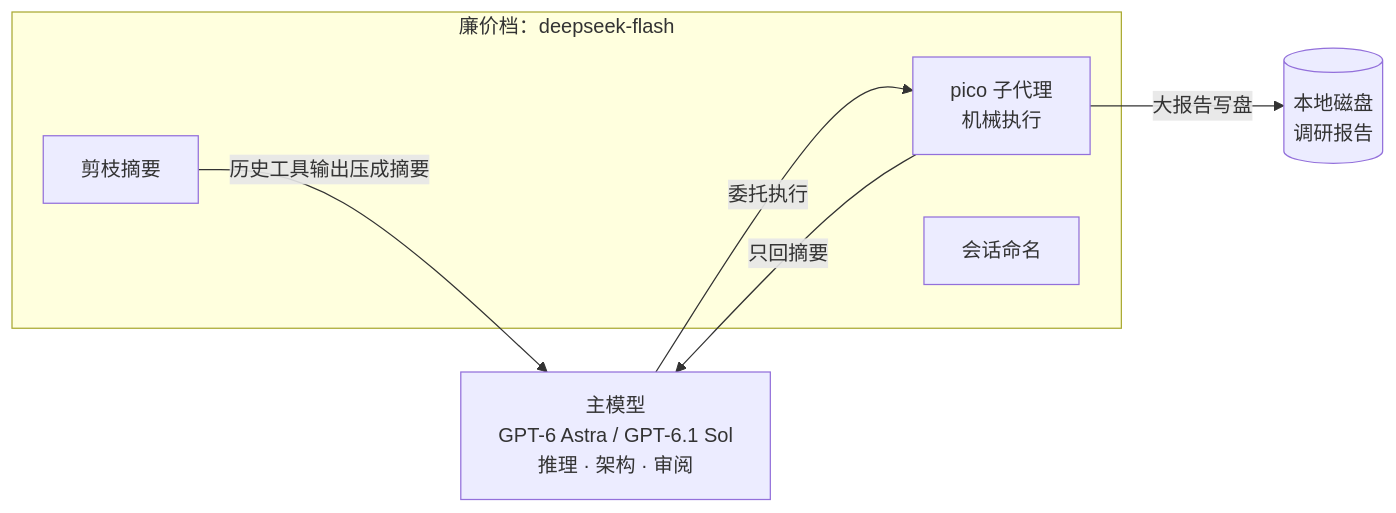
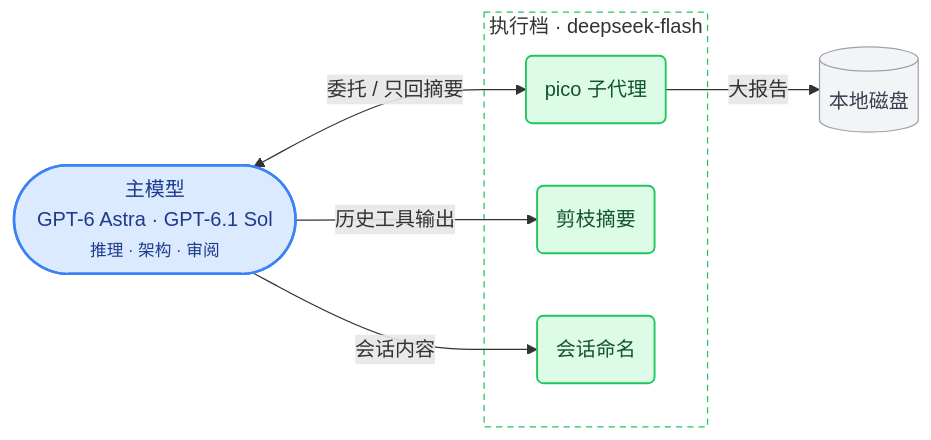
The first of 5 diagrams in drafts/mermaid-草图.md (Jerry2003sky/pi-playbook), drawn with Mermaid before and after one commit. The commit also changed other lines of this file, not shown here.

Commit message:
docs: 草图按角色上色、精简布局，补整体架构图

````diff
--- a/drafts/mermaid-草图.md
+++ b/drafts/mermaid-草图.md
@@ -7,17 +9,25 @@
 ```mermaid
 flowchart LR
-    M["主模型<br/>GPT-6 Astra / GPT-6.1 Sol<br/>推理 · 架构 · 审阅"]
+    M(["主模型<br/>GPT-6 Astra · GPT-6.1 Sol<br/><small>推理 · 架构 · 审阅</small>"])
 
-    subgraph cheap["廉价档：deepseek-flash"]
-        P["pico 子代理<br/>机械执行"]
-        S["剪枝摘要"]
-        N["会话命名"]
+    subgraph cheap ["执行档 · deepseek-flash"]
+        P("pico 子代理")
+        S("剪枝摘要")
+        N("会话命名")
     end
 
-    D[("本地磁盘<br/>调研报告")]
+    D[("本地磁盘")]
 
-    M -- "委托执行" --> P
-    P -- "大报告写盘" --> D
-    P -- "只回摘要" --> M
-    S -- "历史工具输出压成摘要" --> M
+    M <-- 委托 / 只回摘要 --> P
+    P -- 大报告 --> D
+    M -- 历史工具输出 --> S
+    M -- 会话内容 --> N
+
+    classDef main fill:#dbeafe,stroke:#3b82f6,stroke-width:2px,color:#1e3a8a
+    classDef cheapN fill:#dcfce7,stroke:#22c55e,stroke-width:1.5px,color:#14532d
+    classDef store fill:#f3f4f6,stroke:#9ca3af,color:#374151
+    class M main
+    class P,S,N cheapN
+    class D store
+    style cheap fill:none,stroke:#22c55e,stroke-dasharray:5 4
 ```
````
